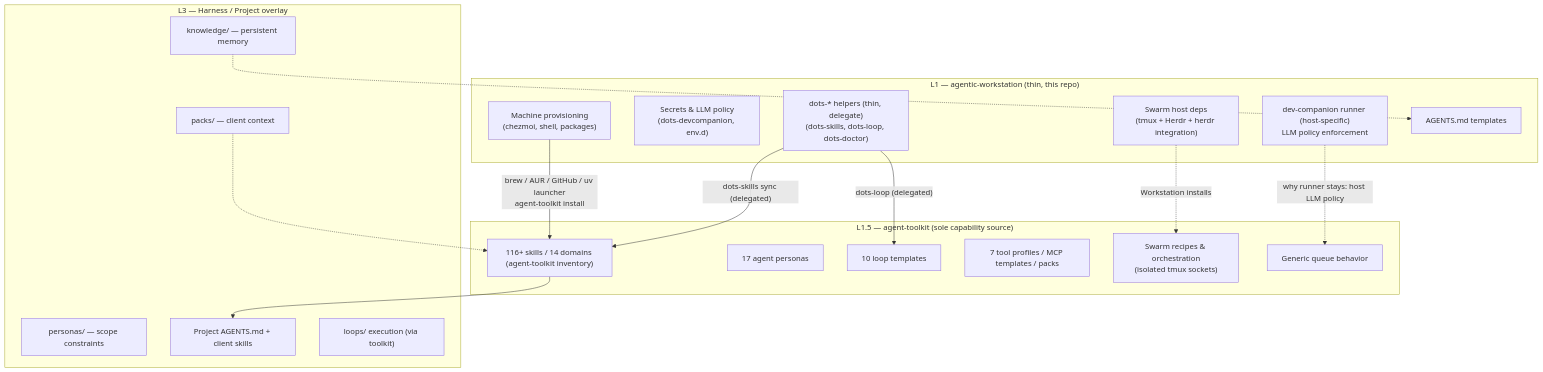
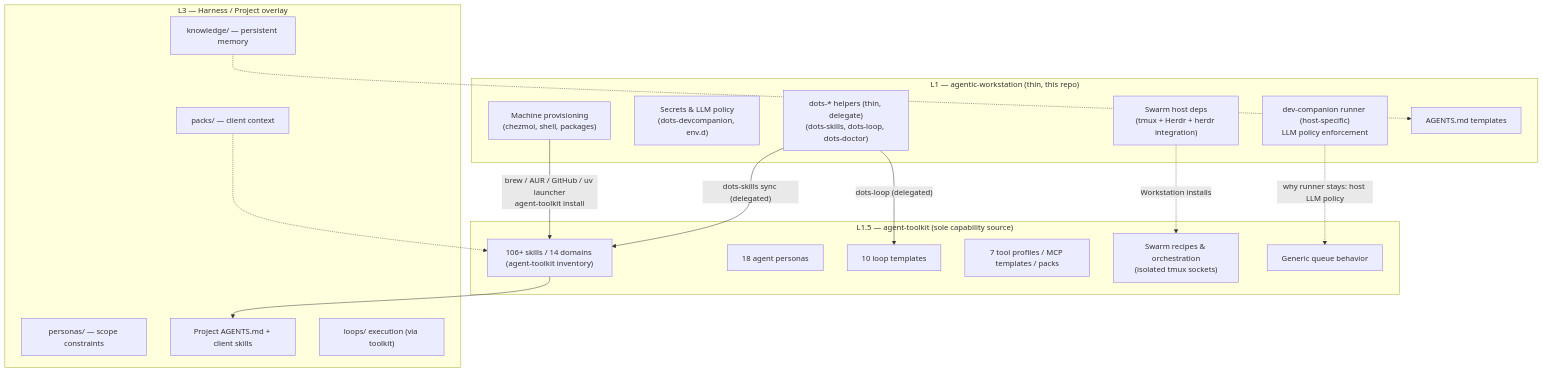
One commit to ulises-jeremias/agentic-workstation changed the second of 3 diagrams in docs/AGENTIC_HARNESS.md. Above: the diagram before and after it, drawn with Mermaid. The commit also changed other lines of this file and 20 other files, not shown here.

````diff
--- a/docs/AGENTIC_HARNESS.md
+++ b/docs/AGENTIC_HARNESS.md
@@ -59,37 +59,37 @@
 ```mermaid
 graph TD
     subgraph "L1 — agentic-workstation (thin, this repo)"
         W1["Machine provisioning<br/>(chezmoi, shell, packages)"]
         W2["Secrets & LLM policy<br/>(dots-devcompanion, env.d)"]
         W3["dots-* helpers (thin, delegate)<br/>(dots-skills, dots-loop, dots-doctor)"]
         W4["dev-companion runner (host-specific)<br/>LLM policy enforcement"]
         W5["Swarm host deps<br/>(tmux + Herdr + herdr integration)"]
         W6["AGENTS.md templates"]
     end
 
     subgraph "L1.5 — agent-toolkit (sole capability source)"
-        K1["116+ skills / 14 domains (agent-toolkit inventory)"]
-        K2["17 agent personas"]
+        K1["106+ skills / 14 domains (agent-toolkit inventory)"]
+        K2["18 agent personas"]
         K3["10 loop templates"]
         K4["7 tool profiles / MCP templates / packs"]
         K5["Swarm recipes & orchestration<br/>(isolated tmux sockets)"]
         K6["Generic queue behavior"]
     end
 
     subgraph "L3 — Harness / Project overlay"
         S1["knowledge/ — persistent memory"]
         S2["personas/ — scope constraints"]
         S3["packs/ — client context"]
         S4["Project AGENTS.md + client skills"]
         S5["loops/ execution (via toolkit)"]
     end
 
     W1 -->|"brew / AUR / GitHub / uv launcher<br/>agent-toolkit install"| K1
     W3 -->|"dots-skills sync (delegated)"| K1
     W3 -->|"dots-loop (delegated)"| K3
     W5 -.->|"Workstation installs"| K5
     W4 -.->|"why runner stays: host LLM policy"| K6
     K1 --> S4
     S1 -.-> W6
     S3 -.-> K1
 ```
````
